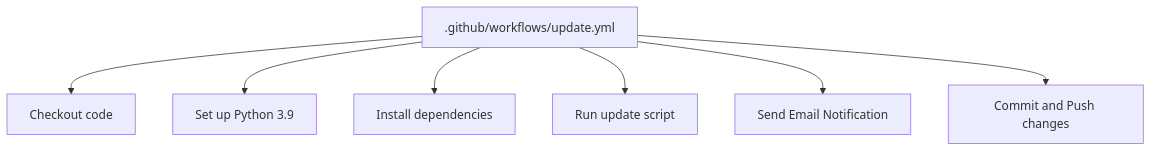
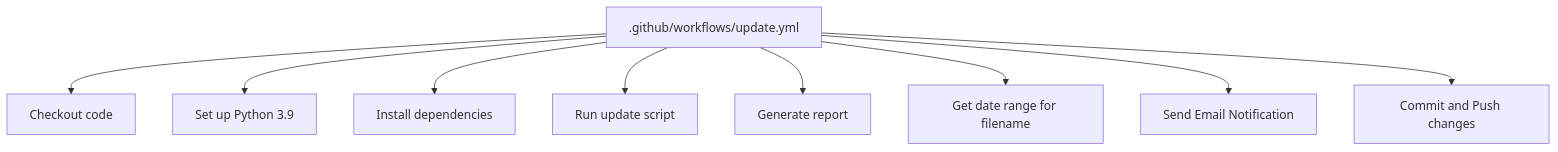
Before and after one commit to junxie01/cryoseismology_papers: the first of 10 diagrams in .qoder/repowiki/en/content/Configuration Guide/GitHub Actions Workflow.md, drawn with Mermaid. The commit also changed other lines of this file and 4 other files, not shown here.

````diff
--- a/.qoder/repowiki/en/content/Configuration Guide/GitHub Actions Workflow.md
+++ b/.qoder/repowiki/en/content/Configuration Guide/GitHub Actions Workflow.md
@@ -41,9 +50,11 @@
 ```mermaid
 graph TB
 A[".github/workflows/update.yml"] --> B["Checkout code"]
 A --> C["Set up Python 3.9"]
 A --> D["Install dependencies"]
 A --> E["Run update script"]
-A --> F["Send Email Notification"]
-A --> G["Commit and Push changes"]
+A --> F["Generate report"]
+A --> G["Get date range for filename"]
+A --> H["Send Email Notification"]
+A --> I["Commit and Push changes"]
 ```
````
